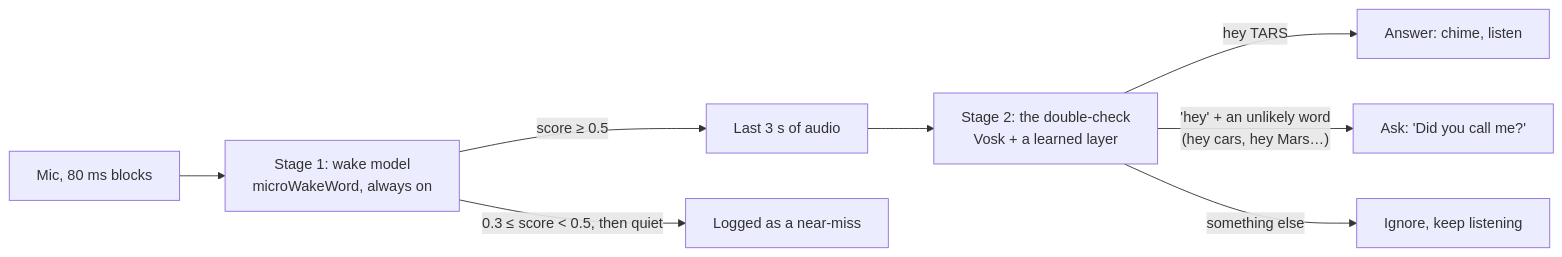
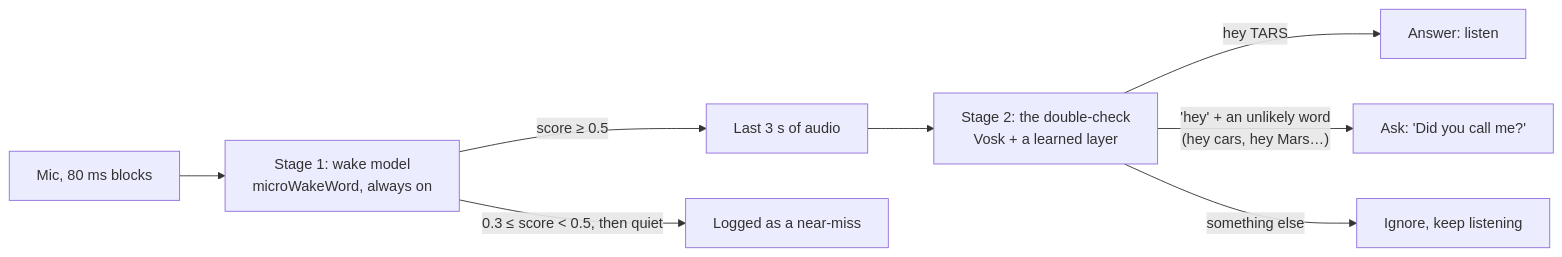
The diagram in docs/wake-word.md (alon-pilosoph/tars), drawn with Mermaid before and after one commit. The commit also changed other lines of this file and 28 other files, not shown here.

````diff
--- a/docs/wake-word.md
+++ b/docs/wake-word.md
@@ -9,10 +9,10 @@
 ```mermaid
 flowchart LR
     mic[Mic, 80 ms blocks] --> s1["Stage 1: wake model<br/>microWakeWord, always on"]
     s1 -- "score ≥ 0.5" --> win["Last 3 s of audio"]
     s1 -- "0.3 ≤ score < 0.5, then quiet" --> near["Logged as a near-miss"]
     win --> s2["Stage 2: the double-check<br/>Vosk + a learned layer"]
-    s2 -- "hey TARS" --> answer["Answer: chime, listen"]
+    s2 -- "hey TARS" --> answer["Answer: listen"]
     s2 -- "'hey' + an unlikely word<br/>(hey cars, hey Mars…)" --> ask["Ask: 'Did you call me?'"]
     s2 -- "something else" --> ignore["Ignore, keep listening"]
 ```
````
